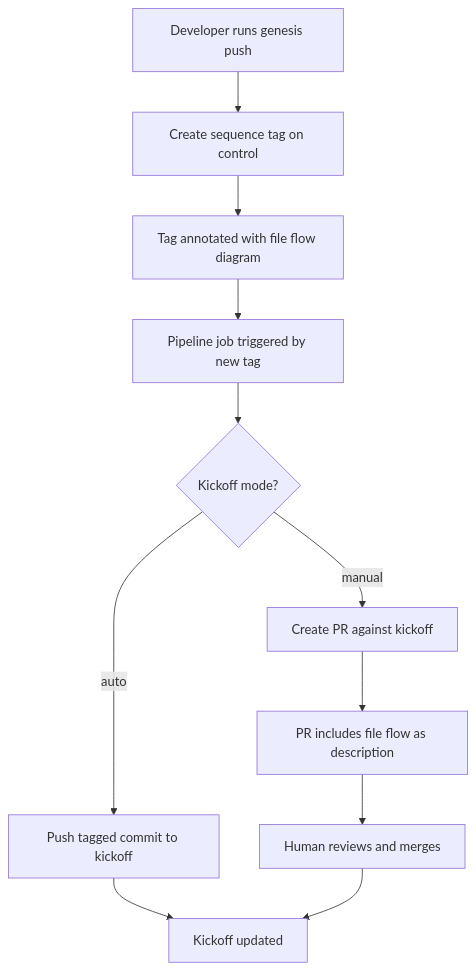
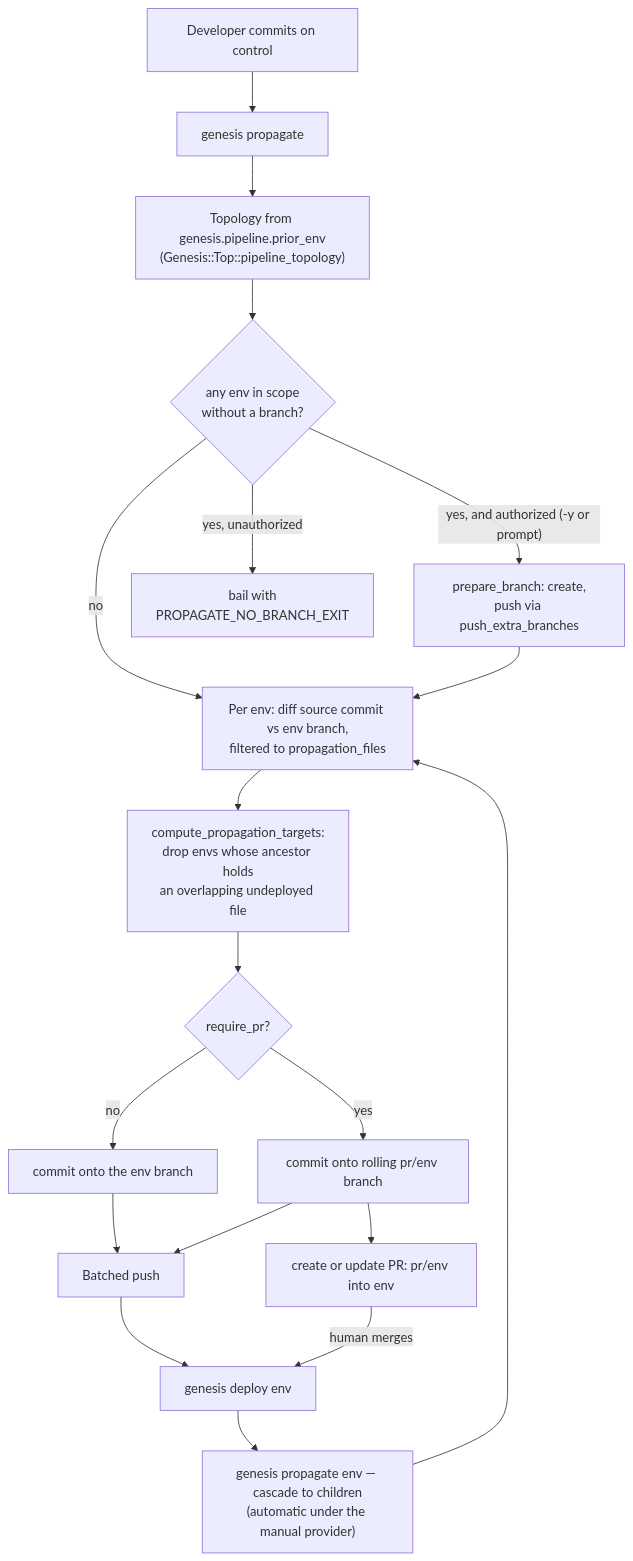
The first of 3 diagrams in workplans/Branch-based-Workflow-Architecture.md (RubidiumStudios/genesis), drawn with Mermaid before and after one commit. The commit also changed other lines of this file, not shown here.

First line of the commit message:
Bring the branch workflow doc up to the code

````diff
--- a/workplans/Branch-based-Workflow-Architecture.md
+++ b/workplans/Branch-based-Workflow-Architecture.md
@@ -190,13 +229,22 @@
 ```mermaid
 flowchart TD
-    A[Developer runs genesis push] --> B[Create sequence tag on control]
-    B --> C[Tag annotated with file flow diagram]
-    C --> D[Pipeline job triggered by new tag]
-    D --> E{Kickoff mode?}
-    E -->|auto| F[Push tagged commit to kickoff]
-    E -->|manual| G[Create PR against kickoff]
-    G --> H[PR includes file flow as description]
-    H --> I[Human reviews and merges]
-    F --> J[Kickoff updated]
-    I --> J
+    A[Developer commits on control] --> B[genesis propagate]
+    B --> C["Topology from genesis.pipeline.prior_env<br/>(Genesis::Top::pipeline_topology)"]
+    C --> M{"any env in scope<br/>without a branch?"}
+    M -->|"no"| D
+    M -->|"yes, and authorized (-y or prompt)"| N["prepare_branch: create,<br/>push via push_extra_branches"]
+    M -->|"yes, unauthorized"| X["bail with<br/>PROPAGATE_NO_BRANCH_EXIT"]
+    N --> D
+    D["Per env: diff source commit vs env branch,<br/>filtered to propagation_files"]
+    D --> E["compute_propagation_targets:<br/>drop envs whose ancestor holds<br/>an overlapping undeployed file"]
+    E --> F{require_pr?}
+    F -->|no| G["commit onto the env branch"]
+    F -->|yes| H["commit onto rolling pr/env branch"]
+    G --> I[Batched push]
+    H --> I
+    H --> J["create or update PR: pr/env into env"]
+    I --> K["genesis deploy env"]
+    J -->|human merges| K
+    K --> L["genesis propagate env — cascade to children<br/>(automatic under the manual provider)"]
+    L --> D
 ```
````
